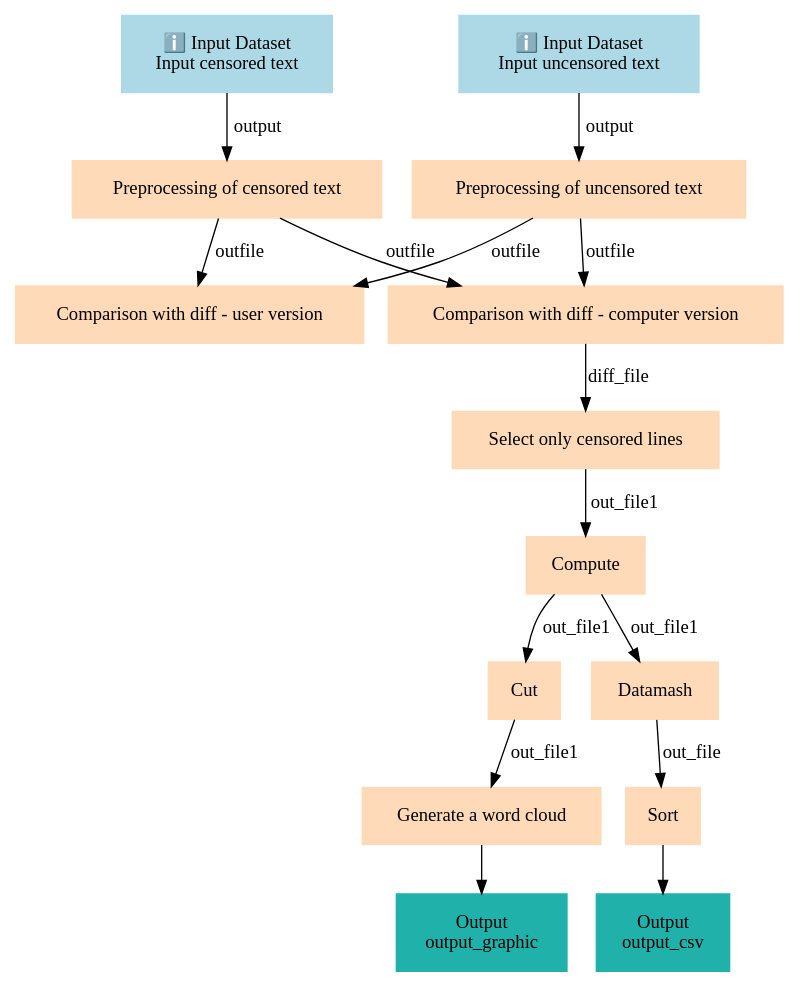
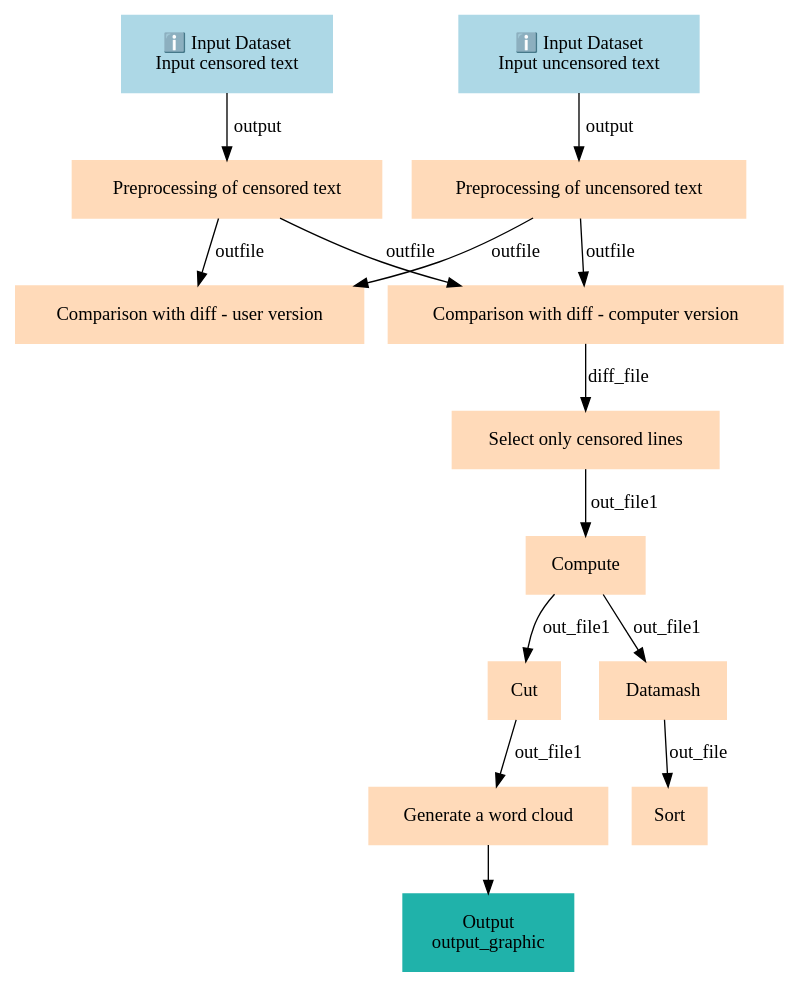
The diagram in api/workflows/digital-humanities/text_mining_chinese/main-workflow/graph.dot (galaxyproject/training-material), drawn with Graphviz before and after one commit. The commit also changed 10526 other files, not shown here.

```diff
--- a/api/workflows/digital-humanities/text_mining_chinese/main-workflow/graph.dot
+++ b/api/workflows/digital-humanities/text_mining_chinese/main-workflow/graph.dot
@@ -1,32 +1,30 @@
 digraph main {
   node [fontname="Atkinson Hyperlegible", shape=box, color=white,style=filled,color=peachpuff,margin="0.2,0.2"];
   edge [fontname="Atkinson Hyperlegible"];
   0[color=lightblue,label="ℹ️ Input Dataset\nInput censored text"]
   1[color=lightblue,label="ℹ️ Input Dataset\nInput uncensored text "]
   2[label="Preprocessing of censored text"]
   0 -> 2 [label="output"]
   3[label="Preprocessing of uncensored text"]
   1 -> 3 [label="output"]
   4[label="Comparison with diff - user version"]
   2 -> 4 [label="outfile"]
   3 -> 4 [label="outfile"]
   5[label="Comparison with diff - computer version"]
   2 -> 5 [label="outfile"]
   3 -> 5 [label="outfile"]
   6[label="Select only censored lines"]
   5 -> 6 [label="diff_file"]
   7[label="Compute"]
   6 -> 7 [label="out_file1"]
   8[label="Cut"]
   7 -> 8 [label="out_file1"]
   9[label="Datamash"]
   7 -> 9 [label="out_file1"]
   10[label="Generate a word cloud"]
   8 -> 10 [label="out_file1"]
   k0e468eb9b68c4840b5e712cbf29e0c9c[color=lightseagreen,label="Output\noutput_graphic"]
   10 -> k0e468eb9b68c4840b5e712cbf29e0c9c
   11[label="Sort"]
   9 -> 11 [label="out_file"]
-  k9dfd8862e7d746aebbe23e333a017764[color=lightseagreen,label="Output\noutput_csv"]
-  11 -> k9dfd8862e7d746aebbe23e333a017764
 }
```
